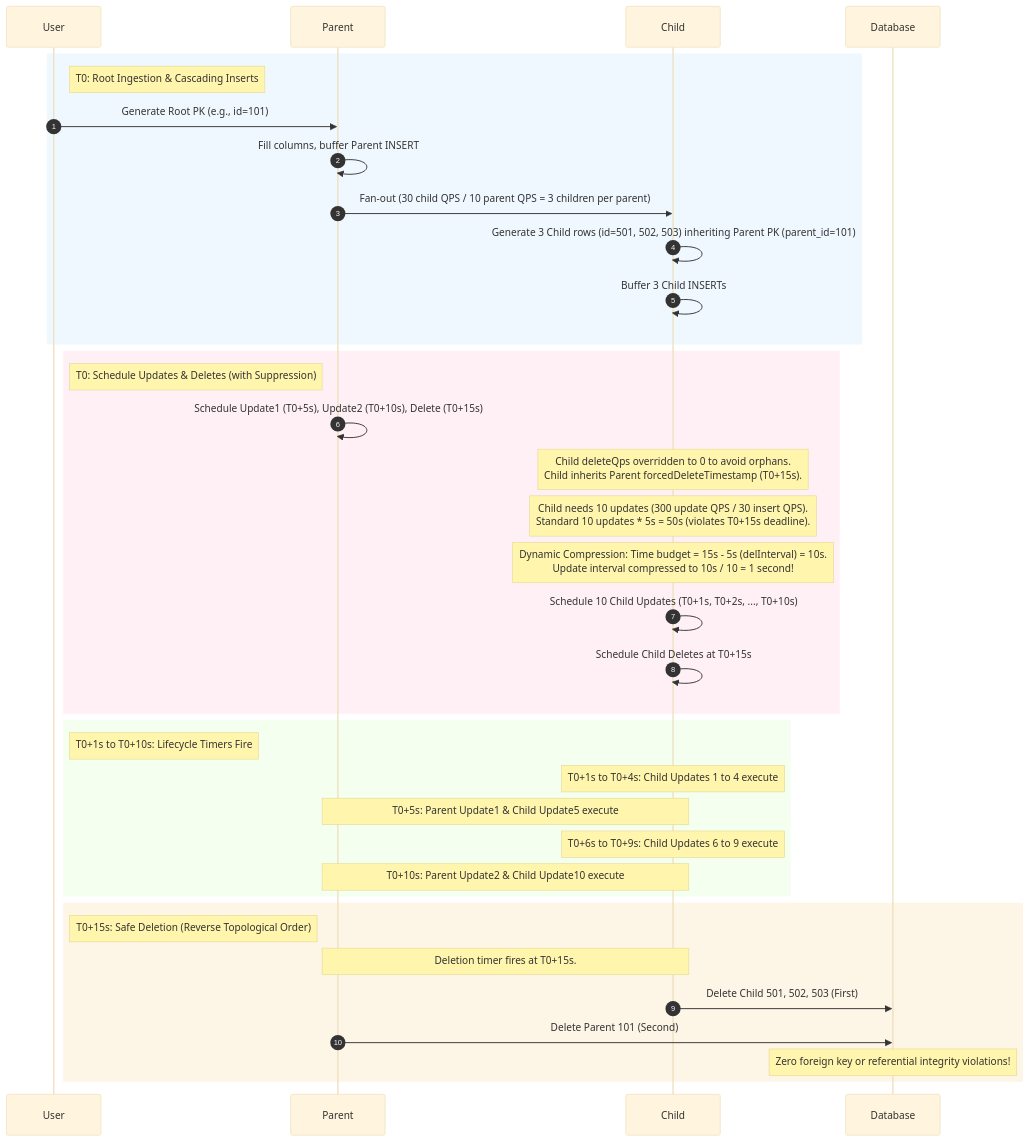
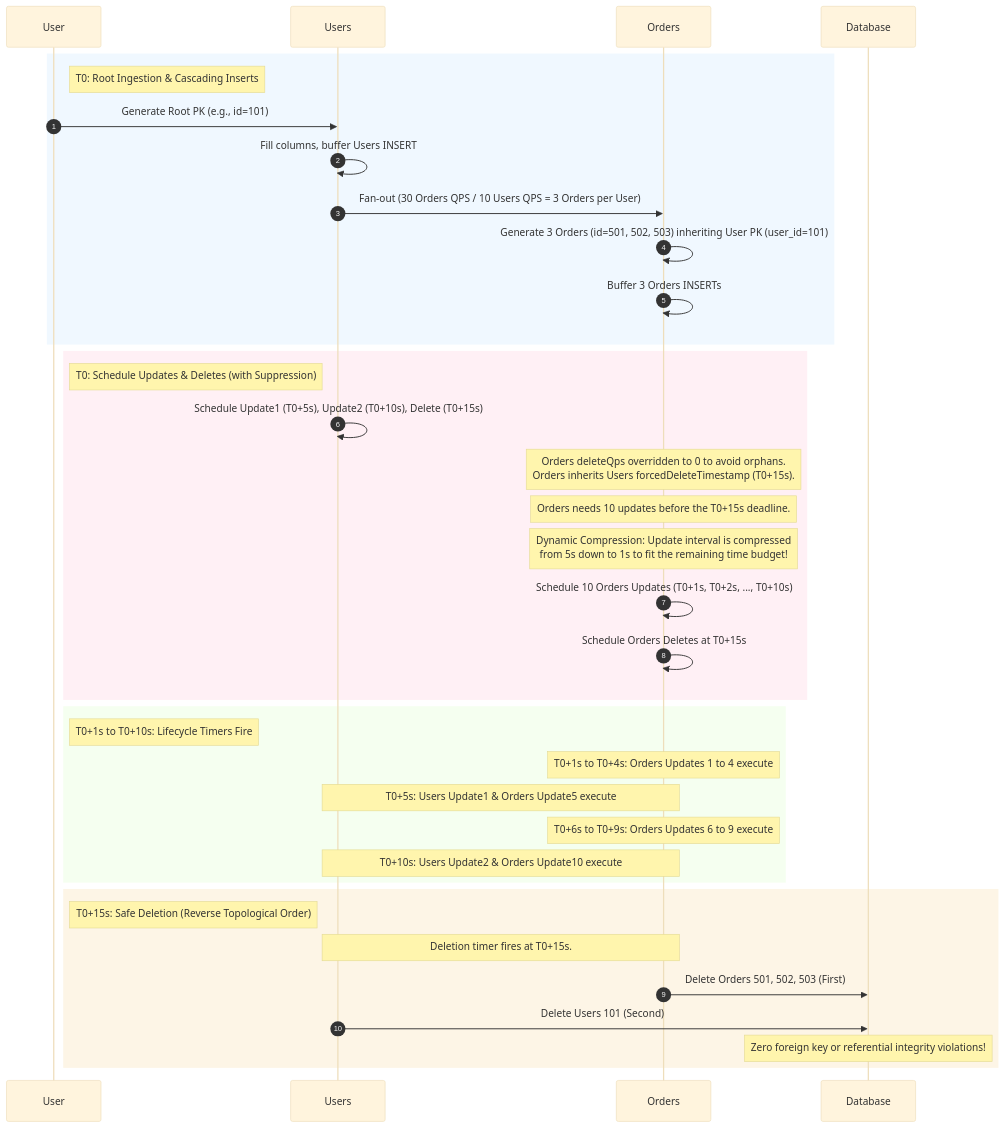
Before and after one commit to GoogleCloudPlatform/DataflowTemplates: the diagram in v2/cdc-data-generator/README.md, drawn with Mermaid (base theme). The commit also changed other lines of this file, not shown here.

````diff
--- a/v2/cdc-data-generator/README.md
+++ b/v2/cdc-data-generator/README.md
@@ -235,38 +259,38 @@
 ```mermaid
 sequenceDiagram
     autonumber
     rect rgb(240, 248, 255)
     note right of User: T0: Root Ingestion & Cascading Inserts
-    User->>Parent: Generate Root PK (e.g., id=101)
-    Parent->>Parent: Fill columns, buffer Parent INSERT
-    Parent->>Child: Fan-out (30 child QPS / 10 parent QPS = 3 children per parent)
-    Child->>Child: Generate 3 Child rows (id=501, 502, 503) inheriting Parent PK (parent_id=101)
-    Child->>Child: Buffer 3 Child INSERTs
+    User->>Users: Generate Root PK (e.g., id=101)
+    Users->>Users: Fill columns, buffer Users INSERT
+    Users->>Orders: Fan-out (30 Orders QPS / 10 Users QPS = 3 Orders per User)
+    Orders->>Orders: Generate 3 Orders (id=501, 502, 503) inheriting User PK (user_id=101)
+    Orders->>Orders: Buffer 3 Orders INSERTs
     end
 
     rect rgb(255, 240, 245)
     note right of User: T0: Schedule Updates & Deletes (with Suppression)
-    Parent->>Parent: Schedule Update1 (T0+5s), Update2 (T0+10s), Delete (T0+15s)
-    note over Child: Child deleteQps overridden to 0 to avoid orphans.<br/>Child inherits Parent forcedDeleteTimestamp (T0+15s).
-    note over Child: Child needs 10 updates (300 update QPS / 30 insert QPS).<br/>Standard 10 updates * 5s = 50s (violates T0+15s deadline).
-    note over Child: Dynamic Compression: Time budget = 15s - 5s (delInterval) = 10s.<br/>Update interval compressed to 10s / 10 = 1 second!
-    Child->>Child: Schedule 10 Child Updates (T0+1s, T0+2s, ..., T0+10s)
-    Child->>Child: Schedule Child Deletes at T0+15s
+    Users->>Users: Schedule Update1 (T0+5s), Update2 (T0+10s), Delete (T0+15s)
+    note over Orders: Orders deleteQps overridden to 0 to avoid orphans.<br/>Orders inherits Users forcedDeleteTimestamp (T0+15s).
+    note over Orders: Orders needs 10 updates before the T0+15s deadline.
+    note over Orders: Dynamic Compression: Update interval is compressed<br/>from 5s down to 1s to fit the remaining time budget!
+    Orders->>Orders: Schedule 10 Orders Updates (T0+1s, T0+2s, ..., T0+10s)
+    Orders->>Orders: Schedule Orders Deletes at T0+15s
     end
 
     rect rgb(245, 255, 240)
     note right of User: T0+1s to T0+10s: Lifecycle Timers Fire
-    Note over Child: T0+1s to T0+4s: Child Updates 1 to 4 execute
-    Note over Parent, Child: T0+5s: Parent Update1 & Child Update5 execute
-    Note over Child: T0+6s to T0+9s: Child Updates 6 to 9 execute
-    Note over Parent, Child: T0+10s: Parent Update2 & Child Update10 execute
+    Note over Orders: T0+1s to T0+4s: Orders Updates 1 to 4 execute
+    Note over Users, Orders: T0+5s: Users Update1 & Orders Update5 execute
+    Note over Orders: T0+6s to T0+9s: Orders Updates 6 to 9 execute
+    Note over Users, Orders: T0+10s: Users Update2 & Orders Update10 execute
     end
 
     rect rgb(253, 245, 230)
     note right of User: T0+15s: Safe Deletion (Reverse Topological Order)
-    Note over Parent, Child: Deletion timer fires at T0+15s.
-    Child->>Database: Delete Child 501, 502, 503 (First)
-    Parent->>Database: Delete Parent 101 (Second)
+    Note over Users, Orders: Deletion timer fires at T0+15s.
+    Orders->>Database: Delete Orders 501, 502, 503 (First)
+    Users->>Database: Delete Users 101 (Second)
     note over Database: Zero foreign key or referential integrity violations!
     end
 ```
````
